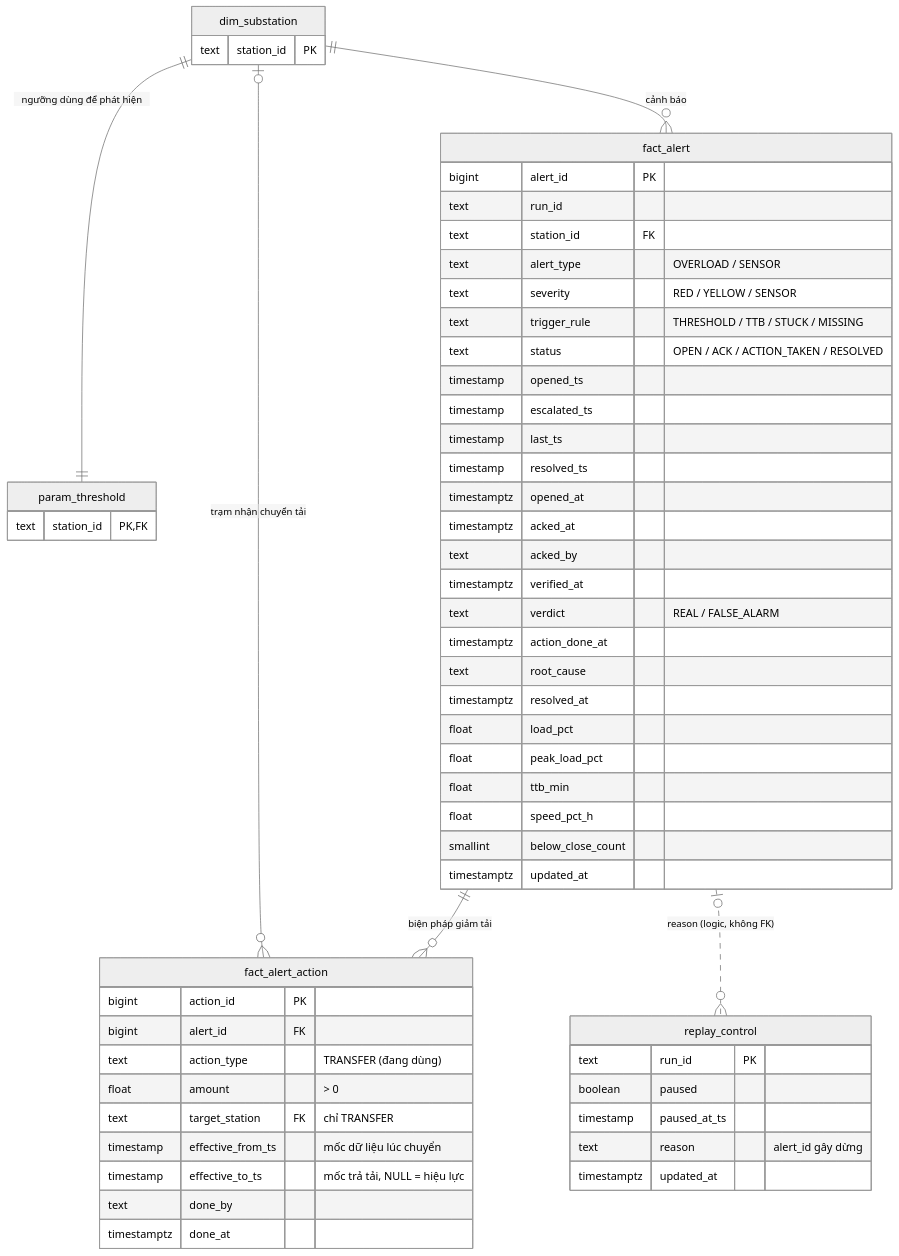
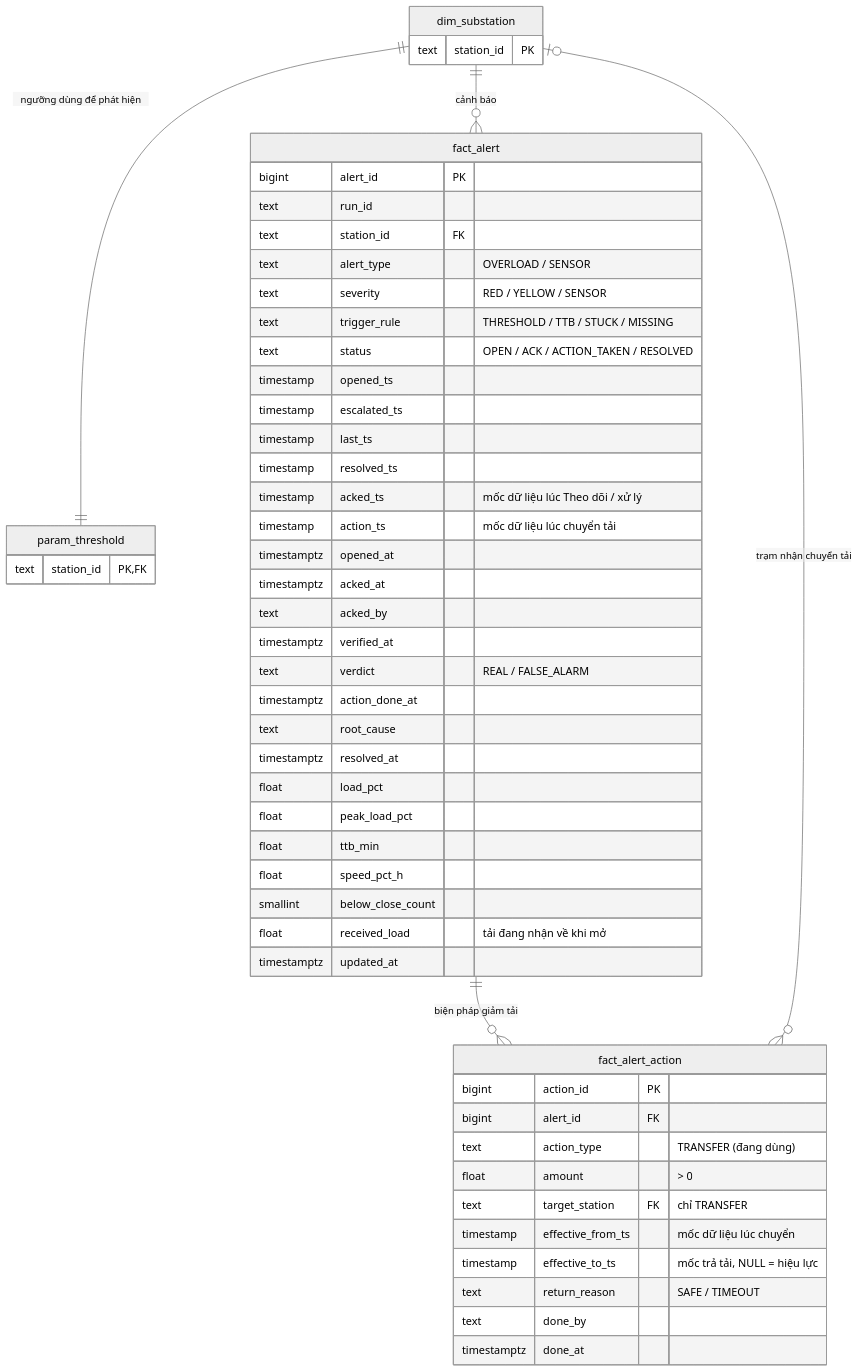
The third of 5 diagrams in docs/erd.md (CkoThuw11/Energy-IoT-Obs-System), drawn with Mermaid (neutral theme) before and after one commit. The commit also changed other lines of this file and 100 other files, not shown here.

````diff
--- a/docs/erd.md
+++ b/docs/erd.md
@@ -138,60 +139,56 @@
 ```mermaid
 erDiagram
     dim_substation {
         text station_id PK
     }
     param_threshold {
         text station_id PK, FK
     }
     fact_alert {
         bigint alert_id PK
         text run_id
         text station_id FK
         text alert_type "OVERLOAD / SENSOR"
         text severity "RED / YELLOW / SENSOR"
         text trigger_rule "THRESHOLD / TTB / STUCK / MISSING"
         text status "OPEN / ACK / ACTION_TAKEN / RESOLVED"
         timestamp opened_ts
         timestamp escalated_ts
         timestamp last_ts
         timestamp resolved_ts
+        timestamp acked_ts "mốc dữ liệu lúc Theo dõi / xử lý"
+        timestamp action_ts "mốc dữ liệu lúc chuyển tải"
         timestamptz opened_at
         timestamptz acked_at
         text acked_by
         timestamptz verified_at
         text verdict "REAL / FALSE_ALARM"
         timestamptz action_done_at
         text root_cause
         timestamptz resolved_at
         float load_pct
         float peak_load_pct
         float ttb_min
         float speed_pct_h
         smallint below_close_count
+        float received_load "tải đang nhận về khi mở"
         timestamptz updated_at
     }
     fact_alert_action {
         bigint action_id PK
         bigint alert_id FK
         text action_type "TRANSFER (đang dùng)"
         float amount "> 0"
         text target_station FK "chỉ TRANSFER"
         timestamp effective_from_ts "mốc dữ liệu lúc chuyển"
         timestamp effective_to_ts "mốc trả tải, NULL = hiệu lực"
+        text return_reason "SAFE / TIMEOUT"
         text done_by
         timestamptz done_at
-    }
-    replay_control {
-        text run_id PK
-        boolean paused
-        timestamp paused_at_ts
-        text reason "alert_id gây dừng"
-        timestamptz updated_at
     }
 
     dim_substation ||--o{ fact_alert : "cảnh báo"
     dim_substation ||--|| param_threshold : "ngưỡng dùng để phát hiện"
     fact_alert ||--o{ fact_alert_action : "biện pháp giảm tải"
     dim_substation |o--o{ fact_alert_action : "trạm nhận chuyển tải"
-    fact_alert |o..o{ replay_control : "reason (logic, không FK)"
 ```
````
